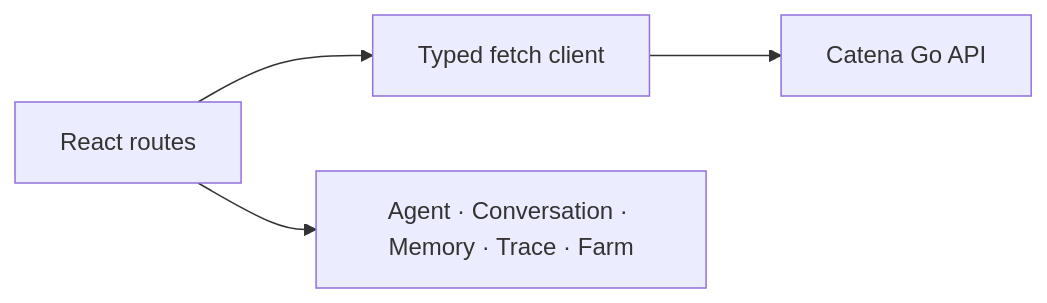
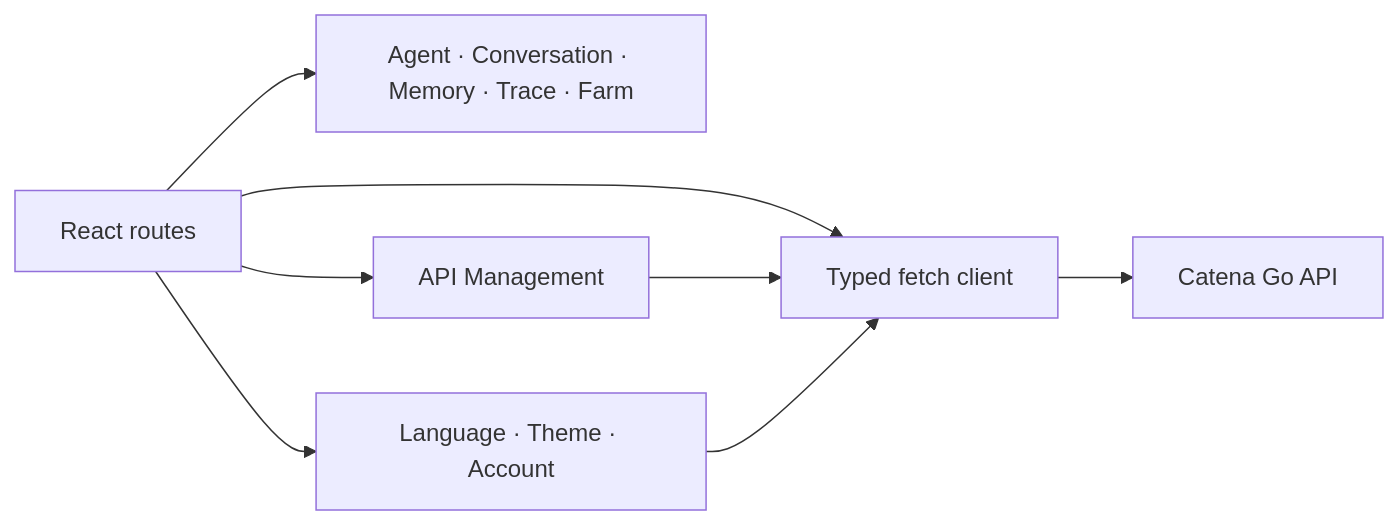
The first of 2 diagrams in catena-web/SPEC.md (fightheyyy/CATENA), drawn with Mermaid before and after one commit. The commit also changed other lines of this file and 34 other files, not shown here.

Commit message:
Make API management owner-configured

````diff
--- a/catena-web/SPEC.md
+++ b/catena-web/SPEC.md
@@ -12,6 +12,10 @@
 ```mermaid
 flowchart LR
     Routes["React routes"] --> API["Typed fetch client"]
     API --> Go["Catena Go API"]
     Routes --> Views["Agent · Conversation · Memory · Trace · Farm"]
+    Routes --> Keys["API Management"]
+    Keys --> API
+    Routes --> Settings["Language · Theme · Account"]
+    Settings --> API
 ```
````
